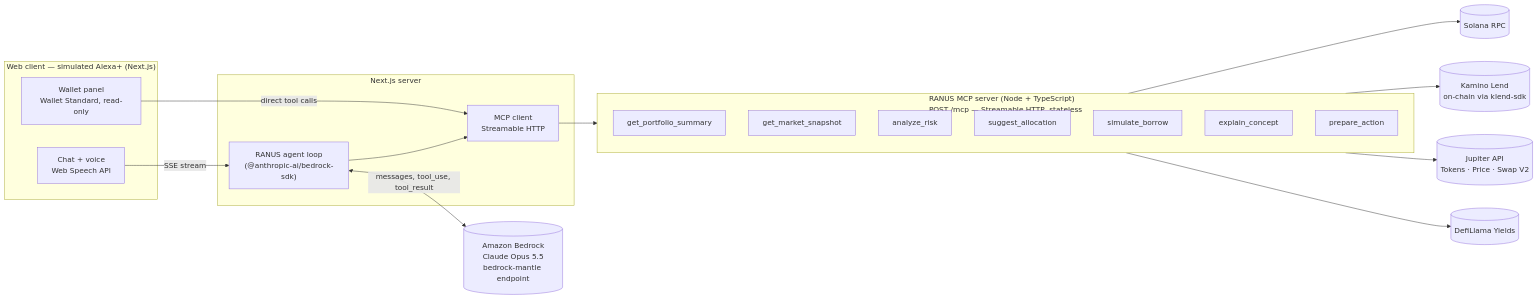
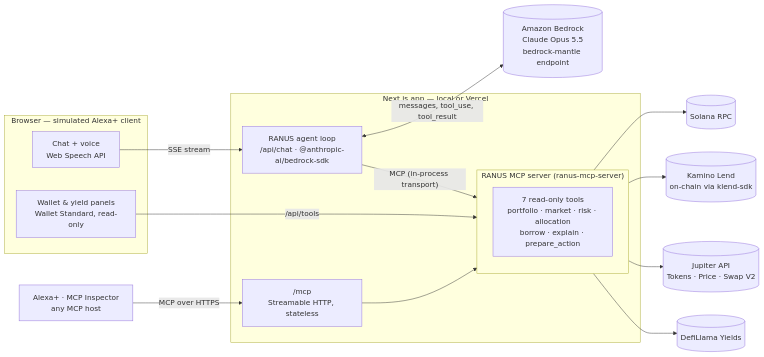
The diagram in README.md (TeevincsCrypt/ranus), drawn with Mermaid before and after one commit. The commit also changed other lines of this file and 38 other files, not shown here.

First line of the commit message:
Make RANUS deployable on Vercel

````diff
--- a/README.md
+++ b/README.md
@@ -54,35 +55,29 @@
 ```mermaid
 flowchart LR
-  subgraph Browser["Web client — simulated Alexa+ (Next.js)"]
-    UI[Chat + voice<br/>Web Speech API]
-    WP[Wallet panel<br/>Wallet Standard, read-only]
+  subgraph Browser["Browser — simulated Alexa+ client"]
+    UI["Chat + voice<br/>Web Speech API"]
+    WP["Wallet & yield panels<br/>Wallet Standard, read-only"]
   end
 
-  subgraph Next["Next.js server"]
-    AG["RANUS agent loop<br/>(@anthropic-ai/bedrock-sdk)"]
-    MC[MCP client<br/>Streamable HTTP]
+  subgraph App["Next.js app — local or Vercel"]
+    AG["RANUS agent loop<br/>/api/chat · @anthropic-ai/bedrock-sdk"]
+    subgraph MCP["RANUS MCP server (ranus-mcp-server)"]
+      T["7 read-only tools<br/>portfolio · market · risk · allocation<br/>borrow · explain · prepare_action"]
+    end
+    EP["/mcp<br/>Streamable HTTP, stateless"]
   end
 
+  EXT["Alexa+ · MCP Inspector<br/>any MCP host"]
   BR[("Amazon Bedrock<br/>Claude Opus 5.5<br/>bedrock-mantle endpoint")]
-
-  subgraph MCP["RANUS MCP server (Node + TypeScript)<br/>POST /mcp — Streamable HTTP, stateless"]
-    T1[get_portfolio_summary]
-    T2[get_market_snapshot]
-    T3[analyze_risk]
-    T4[suggest_allocation]
-    T5[simulate_borrow]
-    T6[explain_concept]
-    T7[prepare_action]
-  end
-
   RPC[(Solana RPC)]
-  KAM[(Kamino Lend<br/>on-chain via klend-sdk)]
-  JUP[(Jupiter API<br/>Tokens · Price · Swap V2)]
+  KAM[("Kamino Lend<br/>on-chain via klend-sdk")]
+  JUP[("Jupiter API<br/>Tokens · Price · Swap V2")]
   LL[(DefiLlama Yields)]
 
-  UI -- SSE stream --> AG
-  WP -- direct tool calls --> MC
+  UI -- "SSE stream" --> AG
+  WP -- "/api/tools" --> MCP
   AG <-->|"messages, tool_use, tool_result"| BR
-  AG --> MC --> MCP
+  AG -- "MCP (in-process transport)" --> MCP
+  EXT -- "MCP over HTTPS" --> EP --> MCP
   MCP --> RPC & KAM & JUP & LL
 ```
````
